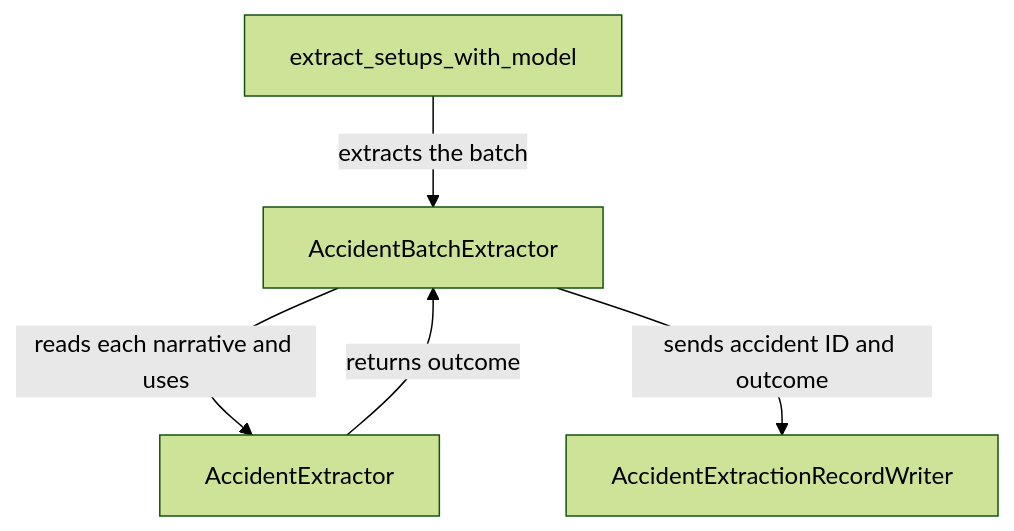
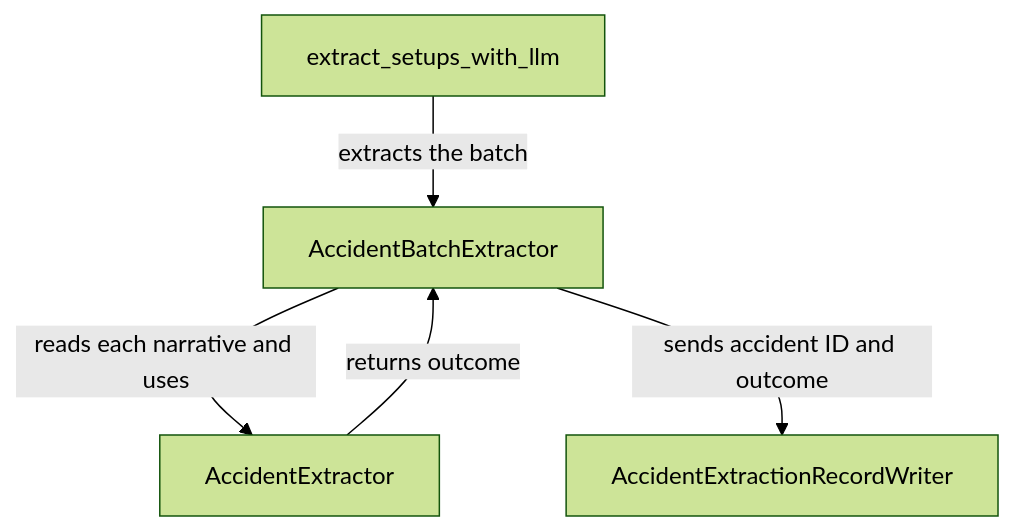
The second of 5 diagrams in README.md (OlenaBack/vehicle-claims-extractor), drawn with Mermaid (forest theme) before and after one commit. The commit also changed other lines of this file and 8 other files, not shown here.

Commit message:
Rename model profiles as LLM profiles

````diff
--- a/README.md
+++ b/README.md
@@ -108,7 +108,7 @@
 ```mermaid
 flowchart TD
-    Session[extract_setups_with_model] -->|extracts the batch| BatchExtractor[AccidentBatchExtractor]
+    Session[extract_setups_with_llm] -->|extracts the batch| BatchExtractor[AccidentBatchExtractor]
     BatchExtractor -->|reads each narrative and uses| AccidentExtractor[AccidentExtractor]
     AccidentExtractor -->|returns outcome| BatchExtractor
     BatchExtractor -->|sends accident ID and outcome| Writer[AccidentExtractionRecordWriter]
 ```
````
